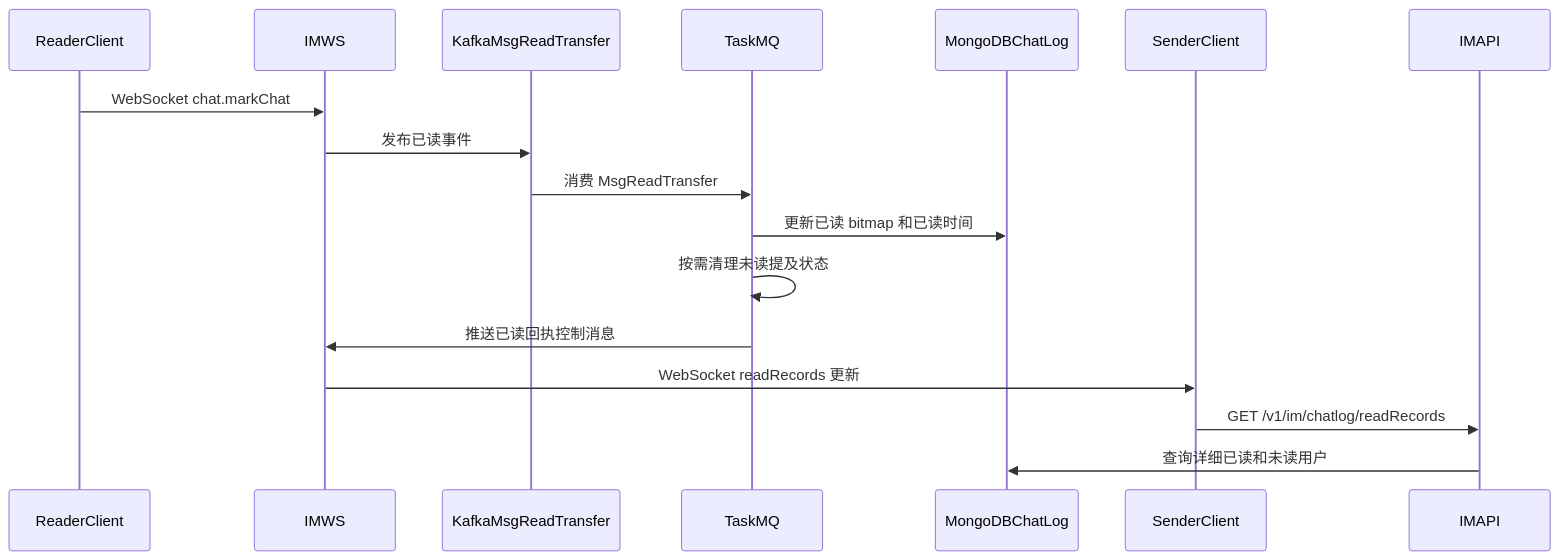
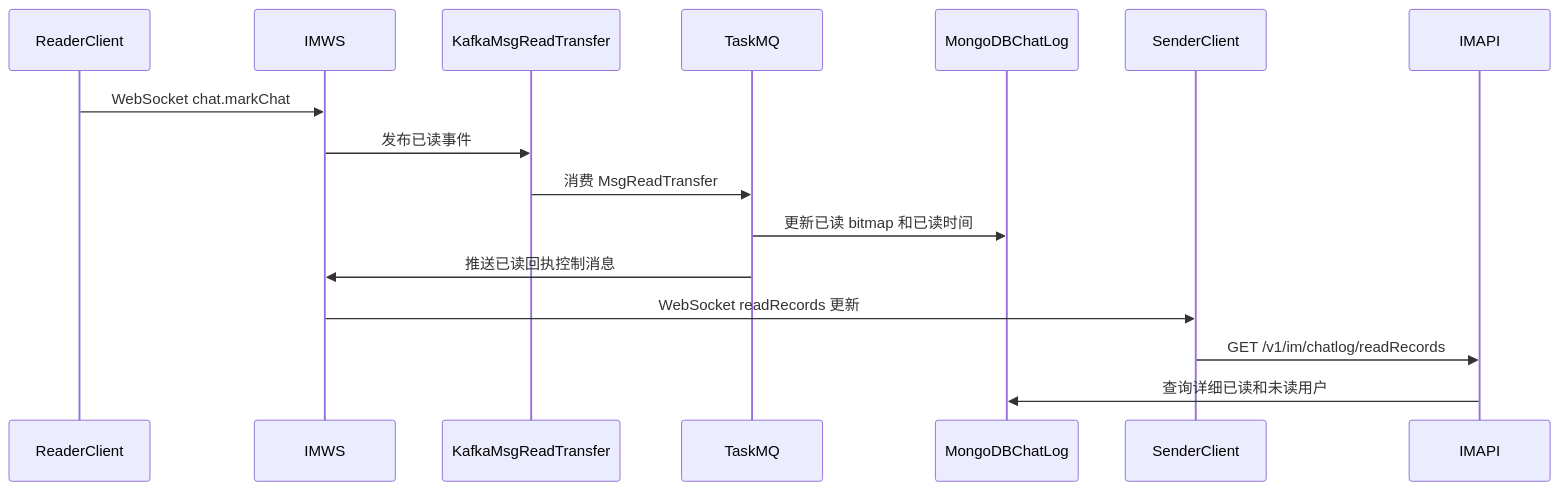
The second of 4 diagrams in docs/README.zh-CN.md (iceymoss/go-hichat-api), drawn with Mermaid before and after one commit. The commit also changed other lines of this file and 1 other file, not shown here.

Commit message:
docs: improve README architecture overview

````diff
--- a/docs/README.zh-CN.md
+++ b/docs/README.zh-CN.md
@@ -253,12 +117,11 @@
 ```mermaid
 sequenceDiagram
   ReaderClient->>IMWS: WebSocket chat.markChat
   IMWS->>KafkaMsgReadTransfer: 发布已读事件
   KafkaMsgReadTransfer->>TaskMQ: 消费 MsgReadTransfer
   TaskMQ->>MongoDBChatLog: 更新已读 bitmap 和已读时间
-  TaskMQ->>TaskMQ: 按需清理未读提及状态
   TaskMQ->>IMWS: 推送已读回执控制消息
   IMWS->>SenderClient: WebSocket readRecords 更新
   SenderClient->>IMAPI: GET /v1/im/chatlog/readRecords
   IMAPI->>MongoDBChatLog: 查询详细已读和未读用户
 ```
````
